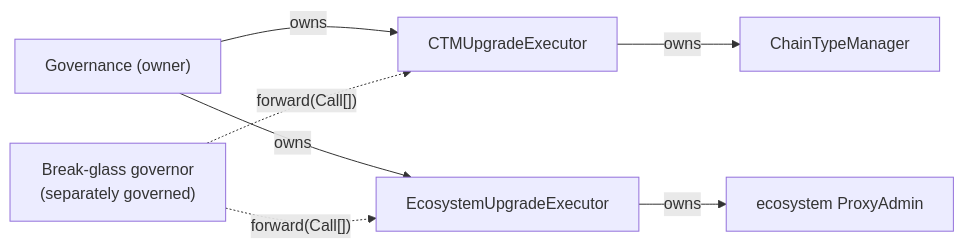
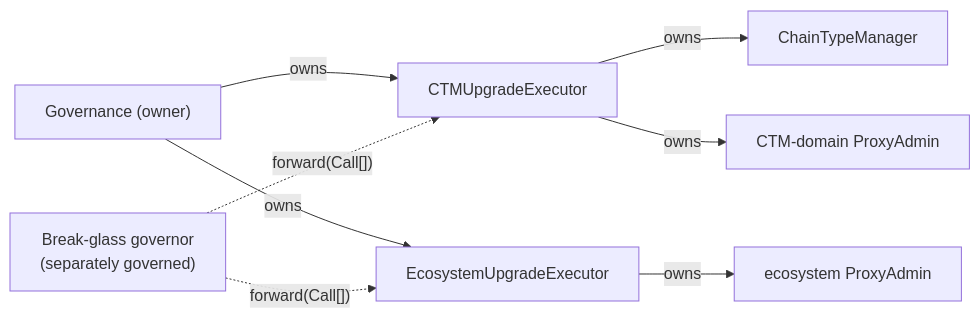
One commit to matter-labs/era-contracts changed the second of 3 diagrams in docs/registry-driven-upgrades.md. Above: the diagram before and after it, drawn with Mermaid. The commit also changed other lines of this file and 18 other files, not shown here.

First line of the commit message:
review: the CTM domain owns its own upgrades — ctmProxyRows on the transition

````diff
--- a/docs/registry-driven-upgrades.md
+++ b/docs/registry-driven-upgrades.md
@@ -107,16 +107,17 @@
 ```mermaid
 flowchart LR
     PUH["Governance (owner)"]
     BG["Break-glass governor<br/>(separately governed)"]
     CTMEXE["CTMUpgradeExecutor"]
     ECOEXE["EcosystemUpgradeExecutor"]
     CTM["ChainTypeManager"]
     PA["ecosystem ProxyAdmin"]
 
     PUH -->|owns| CTMEXE
     PUH -->|owns| ECOEXE
     BG -.->|"forward(Call[])"| CTMEXE
     BG -.->|"forward(Call[])"| ECOEXE
     CTMEXE -->|owns| CTM
+    CTMEXE -->|owns| CTMPA["CTM-domain ProxyAdmin"]
     ECOEXE -->|owns| PA
 ```
````
